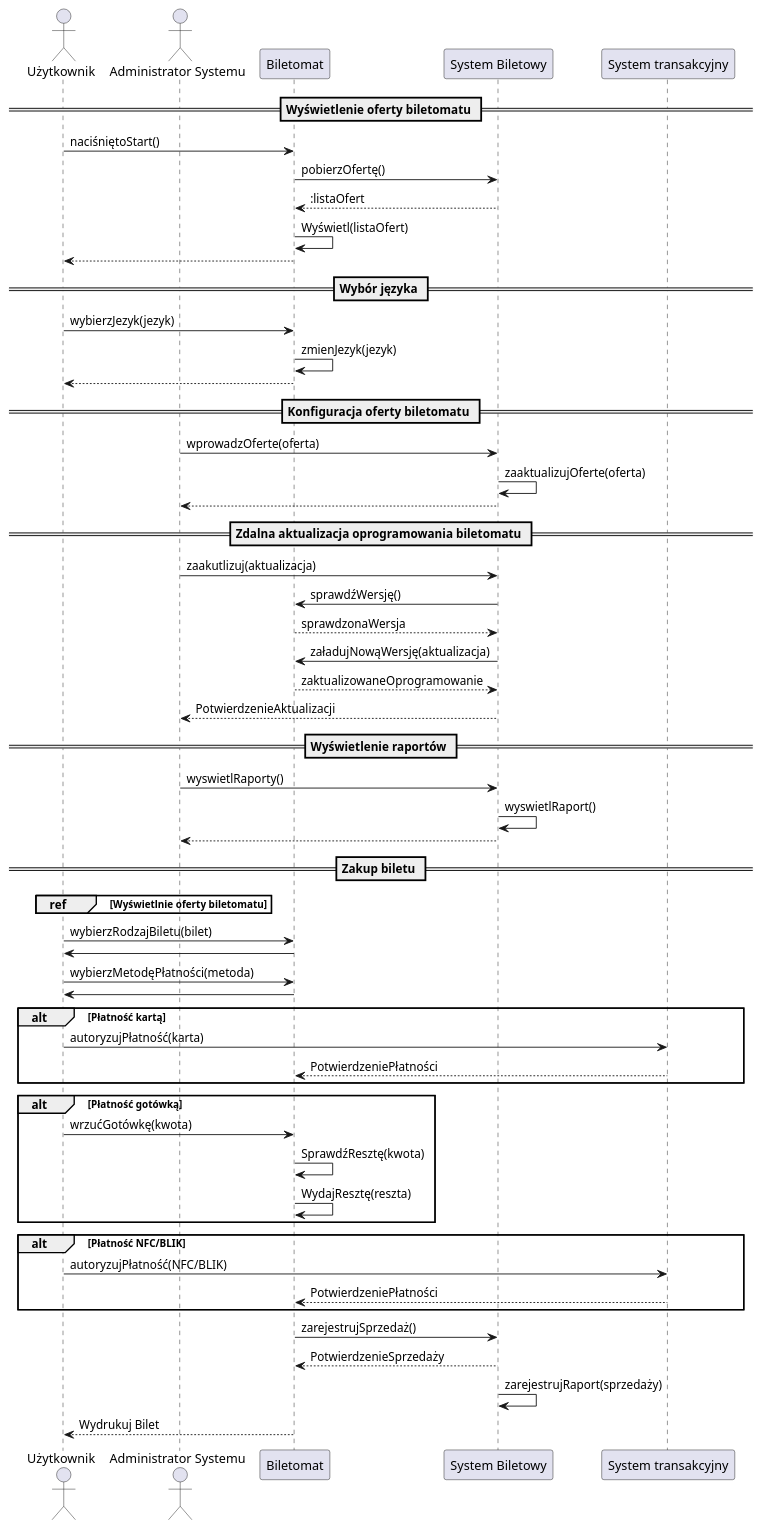
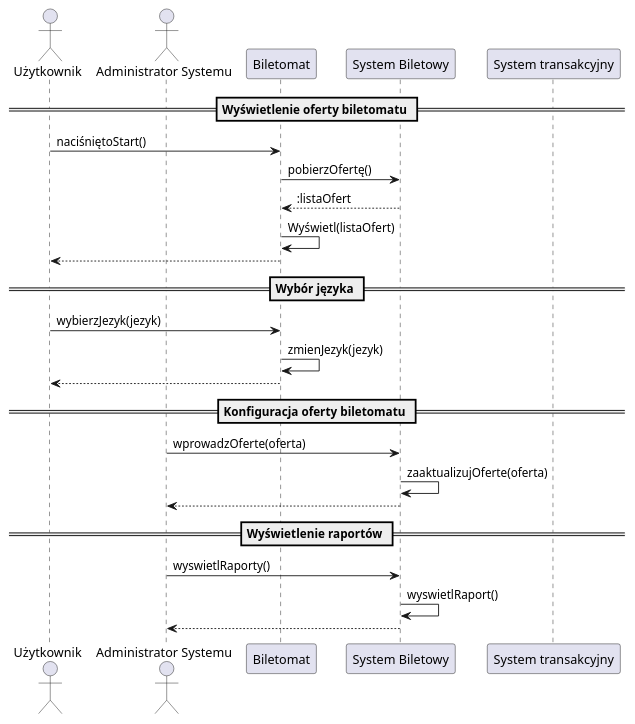
Before and after one commit to janszopa/Biletomat-ZTM: the diagram in sequenceDiagram.puml, drawn with PlantUML.

```diff
--- a/sequenceDiagram.puml
+++ b/sequenceDiagram.puml
@@ -1,70 +1,35 @@
 @startuml
 actor User as "Użytkownik"
 actor Admin as "Administrator Systemu"
 participant TicketMachine as "Biletomat"
 participant TicketSystem as "System Biletowy"
 participant PaymentSystem as "System transakcyjny"
 
 == Wyświetlenie oferty biletomatu ==
 
 User -> TicketMachine : naciśniętoStart()
 TicketMachine -> TicketSystem : pobierzOfertę()
 TicketSystem --> TicketMachine : :listaOfert
 TicketMachine -> TicketMachine : Wyświetl(listaOfert)
 TicketMachine --> User
 
 == Wybór języka ==
 
 User -> TicketMachine : wybierzJezyk(jezyk)
 TicketMachine -> TicketMachine : zmienJezyk(jezyk)
 TicketMachine --> User
 
 == Konfiguracja oferty biletomatu ==
 
 Admin -> TicketSystem : wprowadzOferte(oferta)
 TicketSystem -> TicketSystem : zaaktualizujOferte(oferta)
 TicketSystem --> Admin
 
-== Zdalna aktualizacja oprogramowania biletomatu ==
-
-Admin -> TicketSystem : zaakutlizuj(aktualizacja)
-TicketSystem -> TicketMachine : sprawdźWersję()
-TicketMachine --> TicketSystem : sprawdzonaWersja
-TicketSystem -> TicketMachine : załadujNowąWersję(aktualizacja)
-TicketMachine --> TicketSystem : zaktualizowaneOprogramowanie
-TicketSystem --> Admin : PotwierdzenieAktualizacji
-
 == Wyświetlenie raportów ==
 
 Admin -> TicketSystem : wyswietlRaporty()
 TicketSystem -> TicketSystem : wyswietlRaport()
 TicketSystem --> Admin 
 
-== Zakup biletu ==
-
-group ref [Wyświetlnie oferty biletomatu]
-end
-User -> TicketMachine : wybierzRodzajBiletu(bilet)
-TicketMachine -> User
-User -> TicketMachine : wybierzMetodęPłatności(metoda)
-TicketMachine -> User
-alt Płatność kartą
-    User -> PaymentSystem : autoryzujPłatność(karta)
-    PaymentSystem --> TicketMachine : PotwierdzeniePłatności
-end
-alt Płatność gotówką
-    User -> TicketMachine : wrzućGotówkę(kwota)
-    TicketMachine -> TicketMachine : SprawdźResztę(kwota)
-    TicketMachine -> TicketMachine : WydajResztę(reszta)
-end
-alt Płatność NFC/BLIK
-    User -> PaymentSystem : autoryzujPłatność(NFC/BLIK)
-    PaymentSystem --> TicketMachine : PotwierdzeniePłatności
-end
-
-TicketMachine -> TicketSystem : zarejestrujSprzedaż()
-TicketSystem --> TicketMachine : PotwierdzenieSprzedaży
-TicketSystem -> TicketSystem : zarejestrujRaport(sprzedaży)
-TicketMachine --> User : Wydrukuj Bilet
 
 @enduml
```
